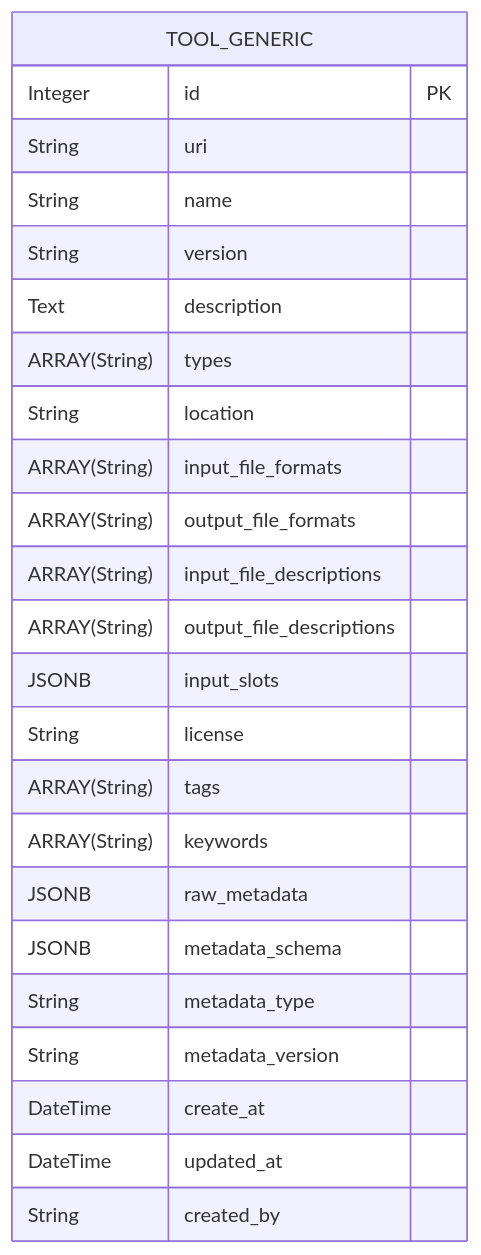
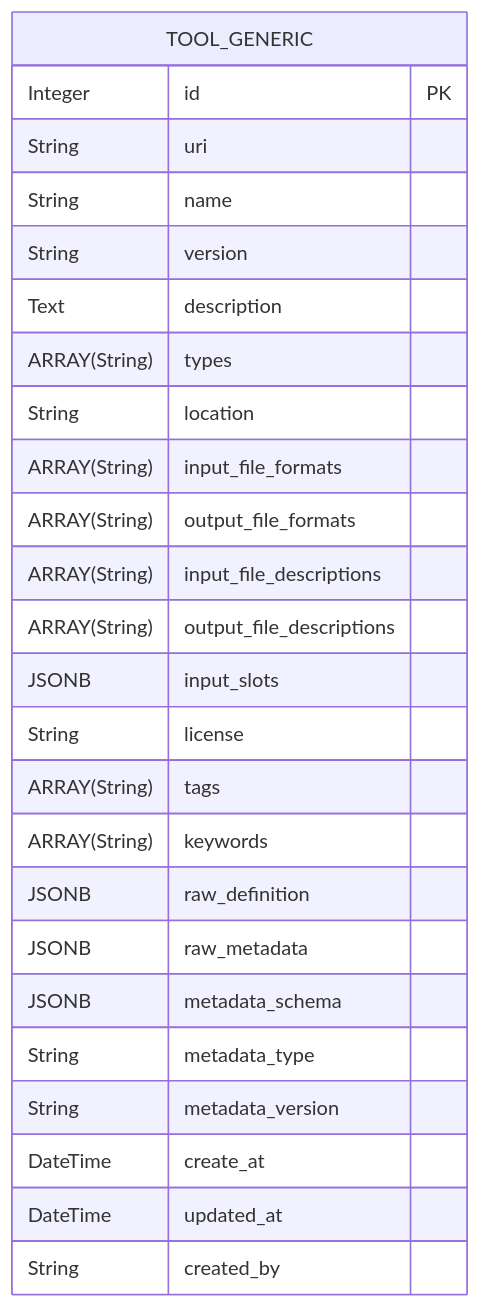
The diagram in README.md (EOSC-Data-Commons/toolmeta-models), drawn with Mermaid before and after one commit. The commit also changed 1 other file, not shown here.

Commit message:
Added JSONB column for raw tool definition to support various file formats.

````diff
--- a/README.md
+++ b/README.md
@@ -7,27 +7,28 @@
 ```mermaid
 erDiagram
   TOOL_GENERIC {
     Integer id PK
     String uri
     String name
     String version
     Text description
     ARRAY(String) types
     String location
     ARRAY(String) input_file_formats
     ARRAY(String) output_file_formats
     ARRAY(String) input_file_descriptions
     ARRAY(String) output_file_descriptions
     JSONB input_slots
     String license
     ARRAY(String) tags
     ARRAY(String) keywords
+    JSONB raw_definition
     JSONB raw_metadata
     JSONB metadata_schema
     String metadata_type
     String metadata_version
     DateTime create_at
     DateTime updated_at
     String created_by
   }
 ```
````
